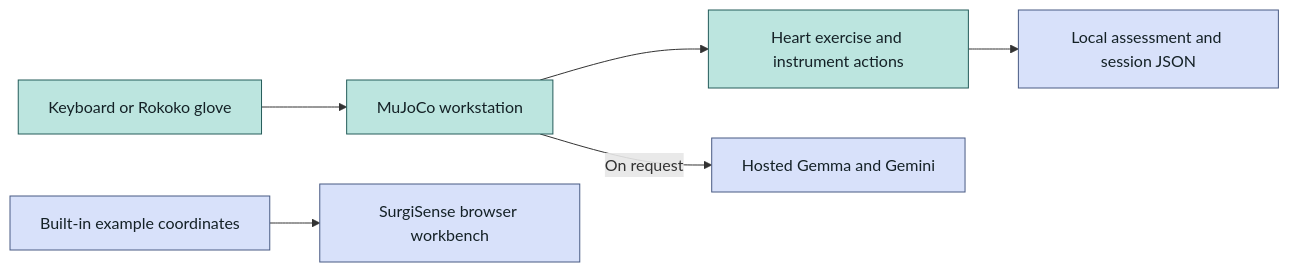
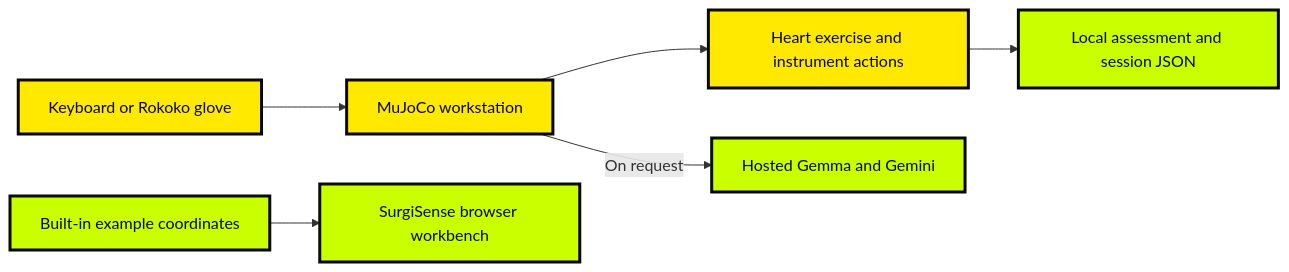
The diagram in README.md (shiinalight/Anatomation), drawn with Mermaid before and after one commit. The commit also changed other lines of this file and 11 other files, not shown here.

````diff
--- a/README.md
+++ b/README.md
@@ -216,12 +216,12 @@
 ```mermaid
 flowchart LR
     Input[Keyboard or Rokoko glove] --> Viewer[MuJoCo workstation]
     Viewer --> Exercise[Heart exercise and instrument actions]
     Exercise --> Review[Local assessment and session JSON]
     Viewer -->|On request| Coach[Hosted Gemma and Gemini]
     Sample[Built-in example coordinates] --> Web[SurgiSense browser workbench]
-    classDef simulator fill:#BCE5DF,stroke:#245C5A,color:#142126
-    classDef review fill:#D8E1FA,stroke:#485A83,color:#142126
+    classDef simulator fill:#FFE900,stroke:#080808,stroke-width:3px,color:#080808
+    classDef review fill:#CAFF00,stroke:#080808,stroke-width:3px,color:#080808
     class Input,Viewer,Exercise simulator
     class Review,Coach,Sample,Web review
 ```
````
